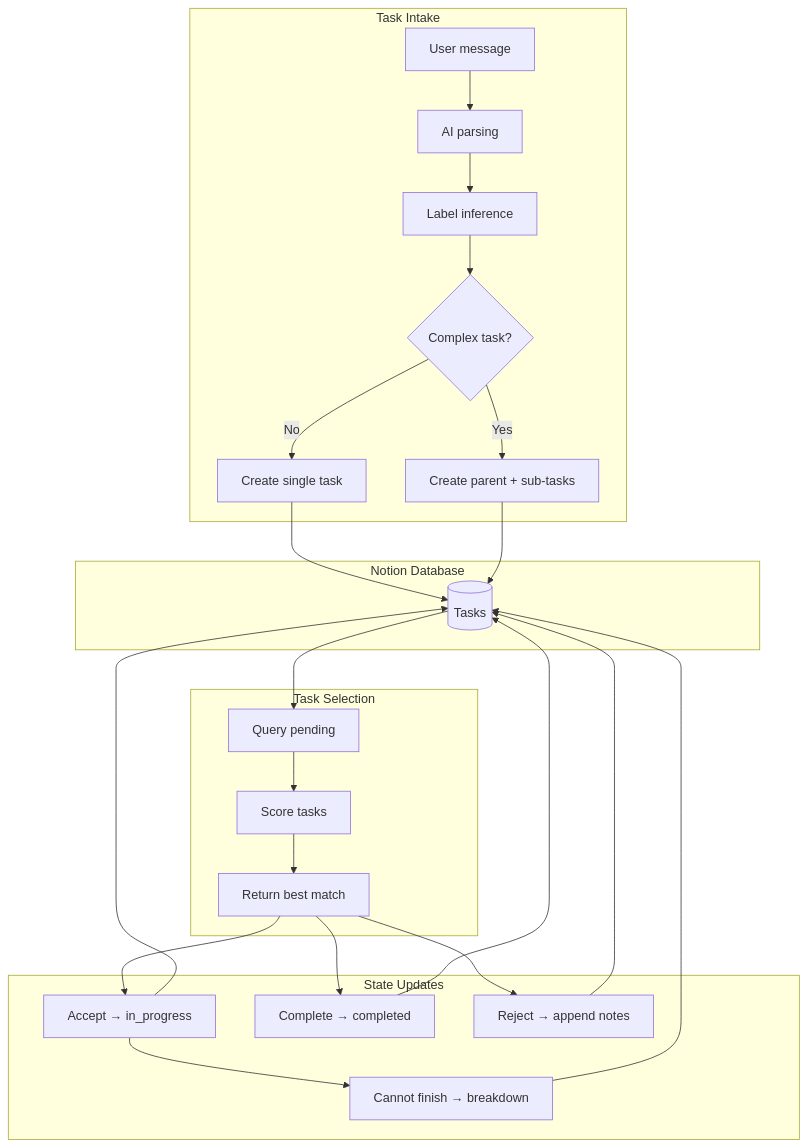
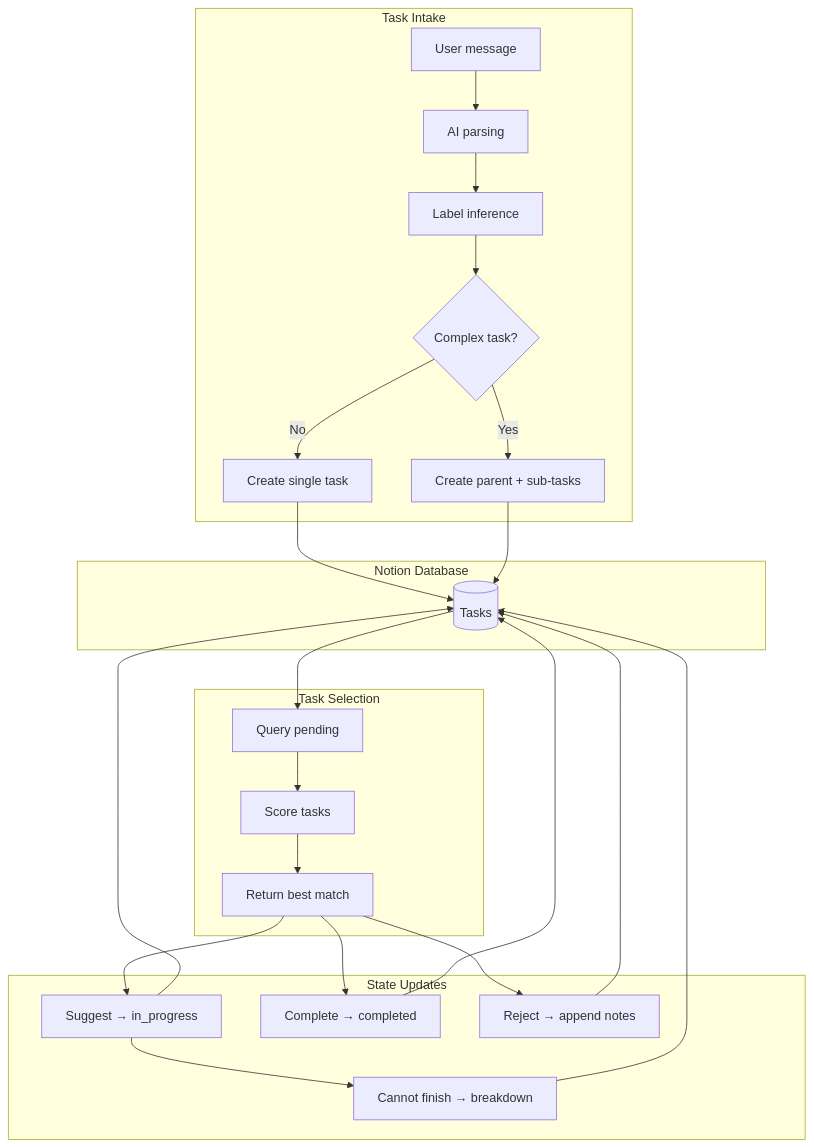
One commit to NickBorgersProbably/hide-my-list changed diagram 16 of 18 in docs/notion-schema.md. Above: the diagram before and after it, drawn with Mermaid. The commit also changed other lines of this file and 16 other files, not shown here.

````diff
--- a/docs/notion-schema.md
+++ b/docs/notion-schema.md
@@ -842,38 +842,38 @@
 ```mermaid
 flowchart TD
     subgraph Intake["Task Intake"]
         I1[User message] --> I2[AI parsing]
         I2 --> I3[Label inference]
         I3 --> I4{Complex task?}
         I4 -->|No| I5[Create single task]
         I4 -->|Yes| I6[Create parent + sub-tasks]
     end
 
     subgraph Storage["Notion Database"]
         DB[(Tasks)]
     end
 
     subgraph Selection["Task Selection"]
         S1[Query pending] --> S2[Score tasks]
         S2 --> S3[Return best match]
     end
 
     subgraph Update["State Updates"]
-        U1[Accept → in_progress]
+        U1[Suggest → in_progress]
         U2[Complete → completed]
         U3[Reject → append notes]
         U4[Cannot finish → breakdown]
     end
 
     I5 --> DB
     I6 --> DB
     DB --> S1
     S3 --> U1
     S3 --> U2
     S3 --> U3
     U1 --> U4
     U4 --> DB
     U1 --> DB
     U2 --> DB
     U3 --> DB
 ```
````
